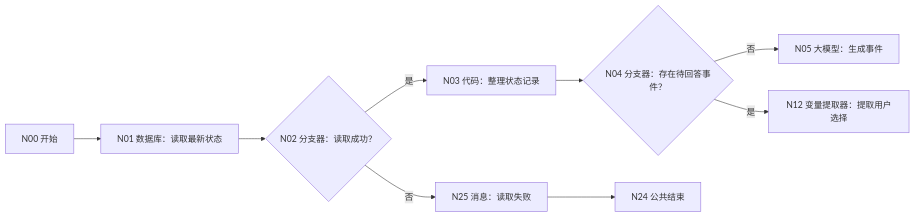
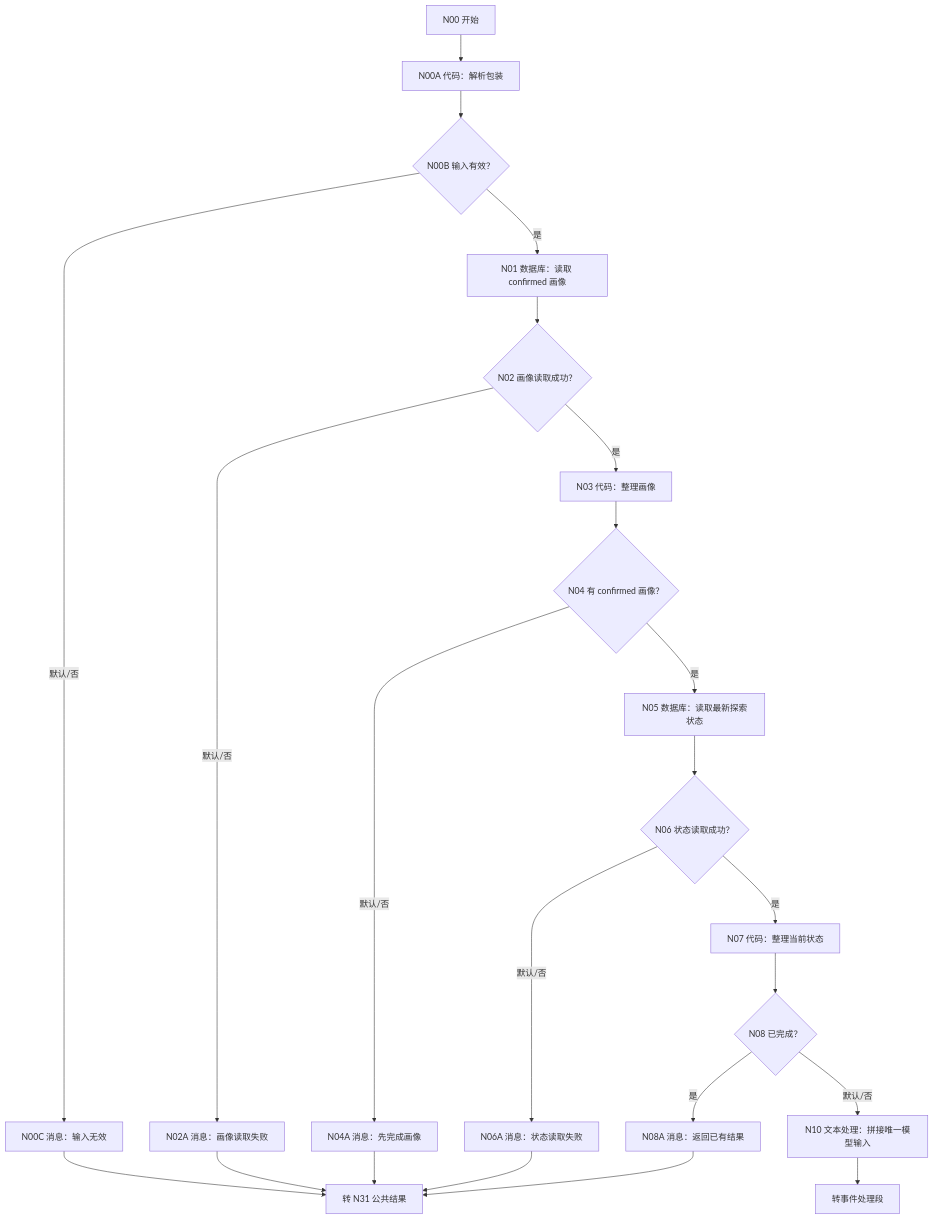
The first of 3 diagrams in docs/workflows/WF-02-virtual-university.md (caoyue0115/university-life-planning-simulator), drawn with Mermaid before and after one commit. The commit also changed other lines of this file and 15 other files, not shown here.

````diff
--- a/docs/workflows/WF-02-virtual-university.md
+++ b/docs/workflows/WF-02-virtual-university.md
@@ -38,11 +45,25 @@
 ```mermaid
-flowchart LR
-    N00["N00 开始"] --> N01["N01 数据库：读取最新状态"]
-    N01 --> N02{"N02 分支器：读取成功？"}
-    N02 -->|否| N25["N25 消息：读取失败"]
-    N02 -->|是| N03["N03 代码：整理状态记录"]
-    N03 --> N04{"N04 分支器：存在待回答事件？"}
-    N04 -->|否| N05["N05 大模型：生成事件"]
-    N04 -->|是| N12["N12 变量提取器：提取用户选择"]
-    N25 --> N24["N24 公共结束"]
+flowchart TD
+    N00["N00 开始"] --> N00A["N00A 代码：解析包装"]
+    N00A --> N00B{"N00B 输入有效？"}
+    N00B -->|默认/否| N00C["N00C 消息：输入无效"]
+    N00B -->|是| N01["N01 数据库：读取 confirmed 画像"]
+    N01 --> N02{"N02 画像读取成功？"}
+    N02 -->|默认/否| N02A["N02A 消息：画像读取失败"]
+    N02 -->|是| N03["N03 代码：整理画像"]
+    N03 --> N04{"N04 有 confirmed 画像？"}
+    N04 -->|默认/否| N04A["N04A 消息：先完成画像"]
+    N04 -->|是| N05["N05 数据库：读取最新探索状态"]
+    N05 --> N06{"N06 状态读取成功？"}
+    N06 -->|默认/否| N06A["N06A 消息：状态读取失败"]
+    N06 -->|是| N07["N07 代码：整理当前状态"]
+    N07 --> N08{"N08 已完成？"}
+    N08 -->|是| N08A["N08A 消息：返回已有结果"]
+    N08 -->|默认/否| N10["N10 文本处理：拼接唯一模型输入"]
+    N00C --> R["转 N31 公共结果"]
+    N02A --> R
+    N04A --> R
+    N06A --> R
+    N08A --> R
+    N10 --> R2["转事件处理段"]
 ```
````
